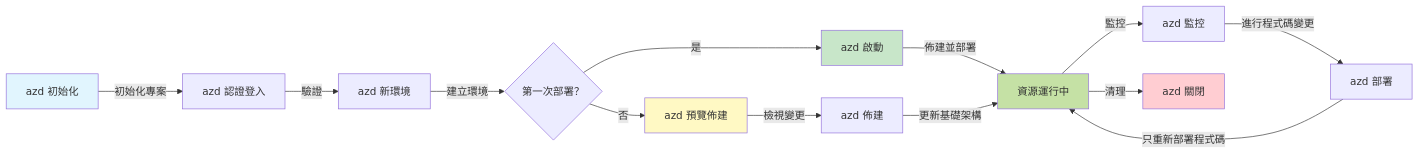
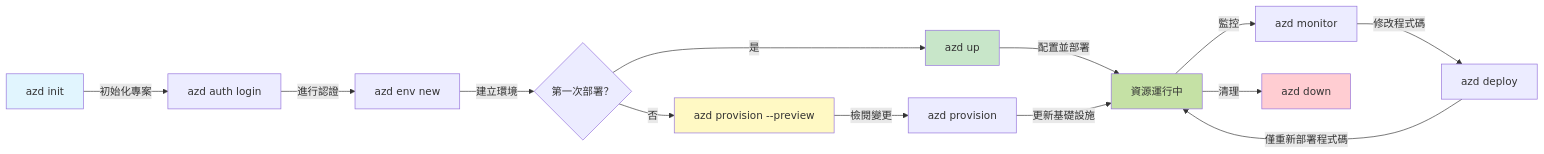
Before and after one commit to microsoft/AZD-for-beginners: the first of 2 diagrams in translations/zh-TW/docs/chapter-01-foundation/azd-basics.md, drawn with Mermaid. The commit also changed other lines of this file and 104 other files, not shown here.

````diff
--- a/translations/zh-TW/docs/chapter-01-foundation/azd-basics.md
+++ b/translations/zh-TW/docs/chapter-01-foundation/azd-basics.md
@@ -269,21 +269,21 @@
 ```mermaid
 graph LR
-    A[azd 初始化] -->|初始化專案| B[azd 認證登入]
-    B -->|驗證| C[azd 新環境]
+    A[azd init] -->|初始化專案| B[azd auth login]
+    B -->|進行認證| C[azd env new]
     C -->|建立環境| D{第一次部署？}
-    D -->|是| E[azd 啟動]
-    D -->|否| F[azd 預覽佈建]
-    F -->|檢視變更| G[azd 佈建]
-    E -->|佈建並部署| H[資源運行中]
-    G -->|更新基礎架構| H
-    H -->|監控| I[azd 監控]
-    I -->|進行程式碼變更| J[azd 部署]
-    J -->|只重新部署程式碼| H
-    H -->|清理| K[azd 關閉]
+    D -->|是| E[azd up]
+    D -->|否| F[azd provision --preview]
+    F -->|檢閱變更| G[azd provision]
+    E -->|配置並部署| H[資源運行中]
+    G -->|更新基礎設施| H
+    H -->|監控| I[azd monitor]
+    I -->|修改程式碼| J[azd deploy]
+    J -->|僅重新部署程式碼| H
+    H -->|清理| K[azd down]
     
     style A fill:#e1f5fe
     style E fill:#c8e6c9
     style F fill:#fff9c4
     style H fill:#c5e1a5
     style K fill:#ffcdd2
 ```
````
